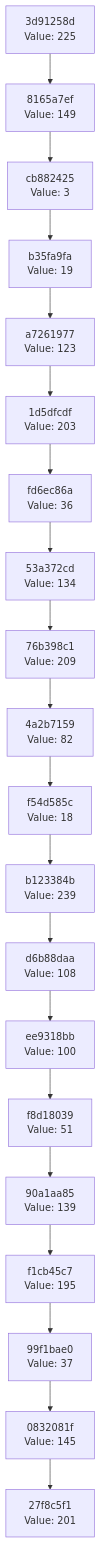
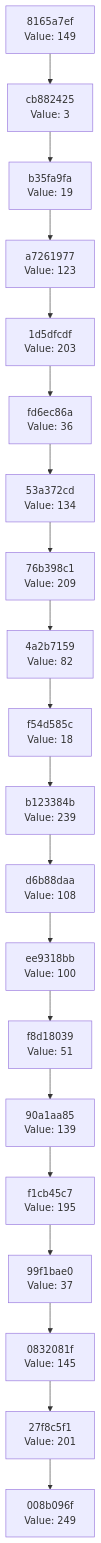
Before and after one commit to Abhisheksinha1506/hash-chain-evolver: the diagram in docs/CHAIN_VISUALIZATION.md, drawn with Mermaid. The commit also changed 1 other file, not shown here.

Commit message:
Evolution Step

````diff
--- a/docs/CHAIN_VISUALIZATION.md
+++ b/docs/CHAIN_VISUALIZATION.md
@@ -3,42 +3,42 @@
 ```mermaid
 graph TD
-    C0["27f8c5f1<br/>Value: 201"]
-    C1["0832081f<br/>Value: 145"]
+    C0["008b096f<br/>Value: 249"]
+    C1["27f8c5f1<br/>Value: 201"]
     C1 --> C0
-    C2["99f1bae0<br/>Value: 37"]
+    C2["0832081f<br/>Value: 145"]
     C2 --> C1
-    C3["f1cb45c7<br/>Value: 195"]
+    C3["99f1bae0<br/>Value: 37"]
     C3 --> C2
-    C4["90a1aa85<br/>Value: 139"]
+    C4["f1cb45c7<br/>Value: 195"]
     C4 --> C3
-    C5["f8d18039<br/>Value: 51"]
+    C5["90a1aa85<br/>Value: 139"]
     C5 --> C4
-    C6["ee9318bb<br/>Value: 100"]
+    C6["f8d18039<br/>Value: 51"]
     C6 --> C5
-    C7["d6b88daa<br/>Value: 108"]
+    C7["ee9318bb<br/>Value: 100"]
     C7 --> C6
-    C8["b123384b<br/>Value: 239"]
+    C8["d6b88daa<br/>Value: 108"]
     C8 --> C7
-    C9["f54d585c<br/>Value: 18"]
+    C9["b123384b<br/>Value: 239"]
     C9 --> C8
-    C10["4a2b7159<br/>Value: 82"]
+    C10["f54d585c<br/>Value: 18"]
     C10 --> C9
-    C11["76b398c1<br/>Value: 209"]
+    C11["4a2b7159<br/>Value: 82"]
     C11 --> C10
-    C12["53a372cd<br/>Value: 134"]
+    C12["76b398c1<br/>Value: 209"]
     C12 --> C11
-    C13["fd6ec86a<br/>Value: 36"]
+    C13["53a372cd<br/>Value: 134"]
     C13 --> C12
-    C14["1d5dfcdf<br/>Value: 203"]
+    C14["fd6ec86a<br/>Value: 36"]
     C14 --> C13
-    C15["a7261977<br/>Value: 123"]
+    C15["1d5dfcdf<br/>Value: 203"]
     C15 --> C14
-    C16["b35fa9fa<br/>Value: 19"]
+    C16["a7261977<br/>Value: 123"]
     C16 --> C15
-    C17["cb882425<br/>Value: 3"]
+    C17["b35fa9fa<br/>Value: 19"]
     C17 --> C16
-    C18["8165a7ef<br/>Value: 149"]
+    C18["cb882425<br/>Value: 3"]
     C18 --> C17
-    C19["3d91258d<br/>Value: 225"]
+    C19["8165a7ef<br/>Value: 149"]
     C19 --> C18
 ```
````
